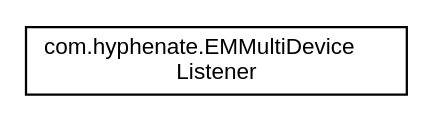
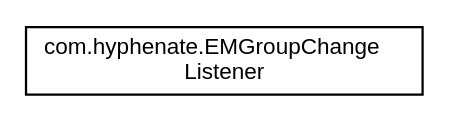
The diagram in static/apidoc/android/chat3.0/inherit_graph_73.dot (easemob/www.easemob.com), drawn with Graphviz before and after one commit. The commit also changed 284 other files, not shown here.

```diff
--- a/static/apidoc/android/chat3.0/inherit_graph_73.dot
+++ b/static/apidoc/android/chat3.0/inherit_graph_73.dot
@@ -1,7 +1,7 @@
 digraph "类继承关系图"
 {
   edge [fontname="Helvetica",fontsize="10",labelfontname="Helvetica",labelfontsize="10"];
   node [fontname="Helvetica",fontsize="10",shape=record];
   rankdir="LR";
-  Node1 [label="com.hyphenate.EMMultiDevice\lListener",height=0.2,width=0.4,color="black", fillcolor="white", style="filled",URL="$interfacecom_1_1hyphenate_1_1EMMultiDeviceListener.html"];
+  Node1 [label="com.hyphenate.EMGroupChange\lListener",height=0.2,width=0.4,color="black", fillcolor="white", style="filled",URL="$interfacecom_1_1hyphenate_1_1EMGroupChangeListener.html"];
 }
```
